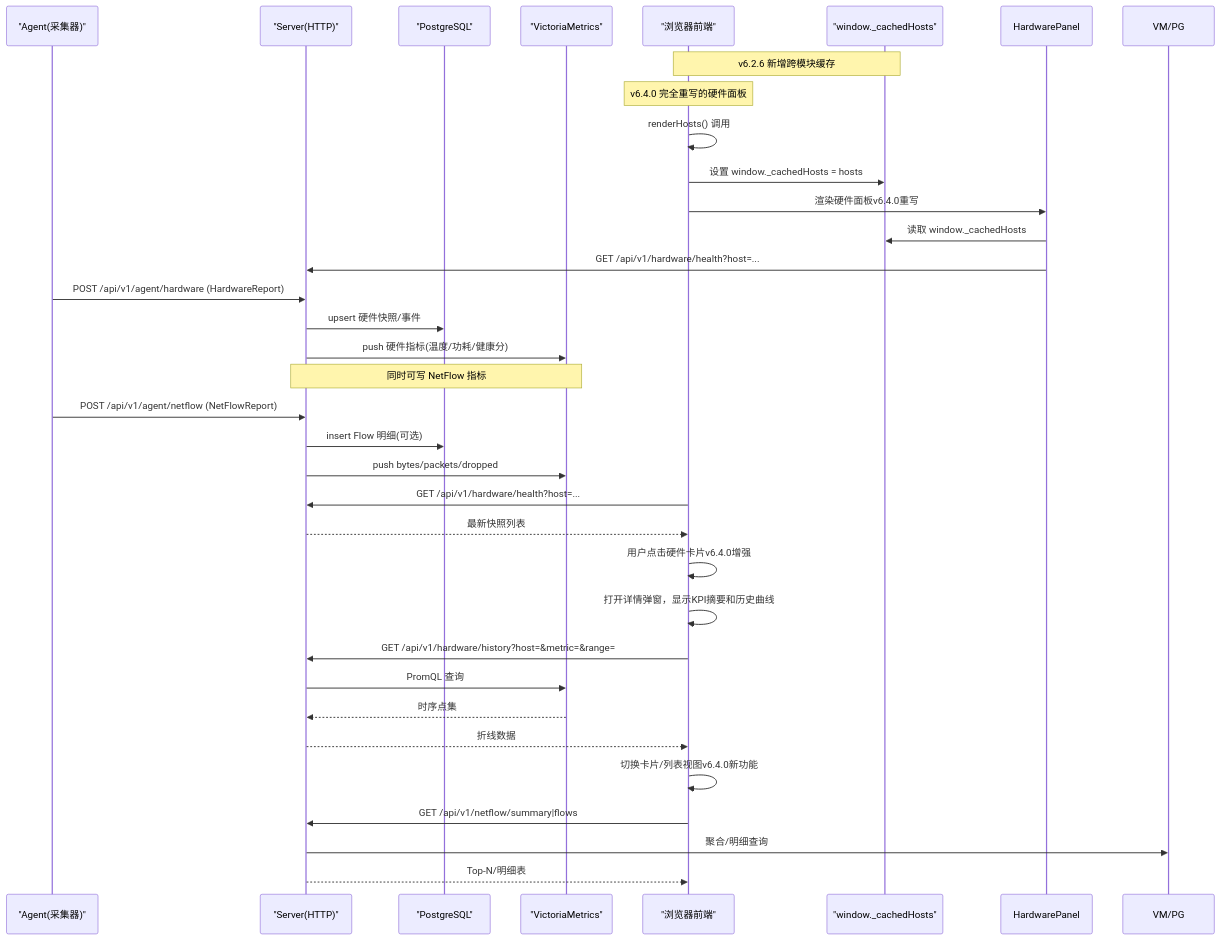
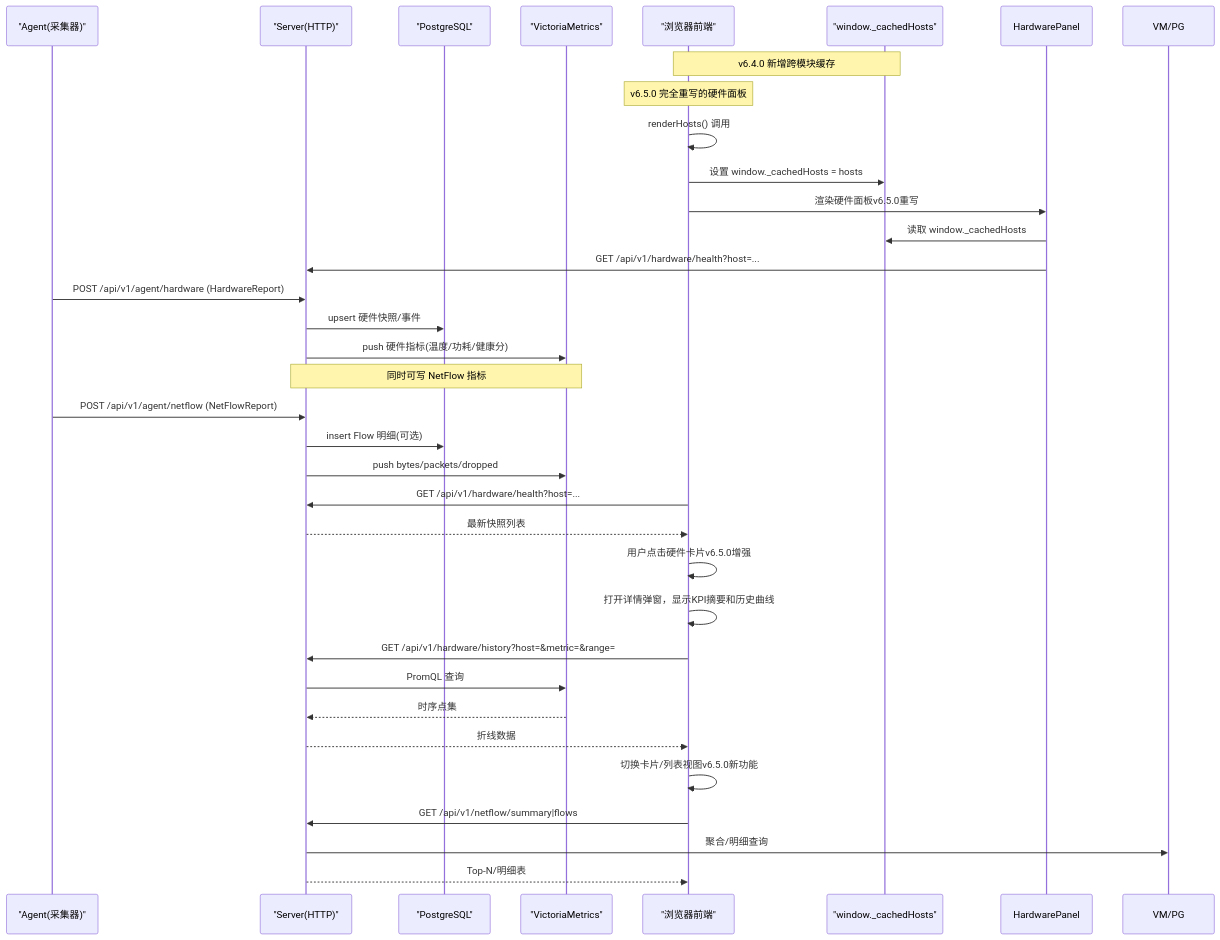
Before and after one commit to sreyun/aiops-monitor: the second of 10 diagrams in .qoder/repowiki/zh/content/核心功能/监控系统/硬件监控仪表板.md, drawn with Mermaid. The commit also changed other lines of this file and 38 other files, not shown here.

````diff
--- a/.qoder/repowiki/zh/content/核心功能/监控系统/硬件监控仪表板.md
+++ b/.qoder/repowiki/zh/content/核心功能/监控系统/硬件监控仪表板.md
@@ -178,35 +178,35 @@
 ```mermaid
 sequenceDiagram
 participant Agent as "Agent(采集器)"
 participant Server as "Server(HTTP)"
 participant PG as "PostgreSQL"
 participant VM as "VictoriaMetrics"
 participant UI as "浏览器前端"
 participant Cache as "window._cachedHosts"
-Note over UI,Cache : v6.2.6 新增跨模块缓存
-Note over UI : v6.4.0 完全重写的硬件面板
+Note over UI,Cache : v6.4.0 新增跨模块缓存
+Note over UI : v6.5.0 完全重写的硬件面板
 UI->>UI : renderHosts() 调用
 UI->>Cache : 设置 window._cachedHosts = hosts
-UI->>HardwarePanel : 渲染硬件面板v6.4.0重写
+UI->>HardwarePanel : 渲染硬件面板v6.5.0重写
 HardwarePanel->>Cache : 读取 window._cachedHosts
 HardwarePanel->>Server : GET /api/v1/hardware/health?host=...
 Agent->>Server : POST /api/v1/agent/hardware (HardwareReport)
 Server->>PG : upsert 硬件快照/事件
 Server->>VM : push 硬件指标(温度/功耗/健康分)
 Note over Server,VM : 同时可写 NetFlow 指标
 Agent->>Server : POST /api/v1/agent/netflow (NetFlowReport)
 Server->>PG : insert Flow 明细(可选)
 Server->>VM : push bytes/packets/dropped
 UI->>Server : GET /api/v1/hardware/health?host=...
 Server-->>UI : 最新快照列表
-UI->>UI : 用户点击硬件卡片v6.4.0增强
+UI->>UI : 用户点击硬件卡片v6.5.0增强
 UI->>UI : 打开详情弹窗，显示KPI摘要和历史曲线
 UI->>Server : GET /api/v1/hardware/history?host=&metric=&range=
 Server->>VM : PromQL 查询
 VM-->>Server : 时序点集
 Server-->>UI : 折线数据
-UI->>UI : 切换卡片/列表视图v6.4.0新功能
+UI->>UI : 切换卡片/列表视图v6.5.0新功能
 UI->>Server : GET /api/v1/netflow/summary|flows
 Server->>VM/PG : 聚合/明细查询
 Server-->>UI : Top-N/明细表
 ```
````
